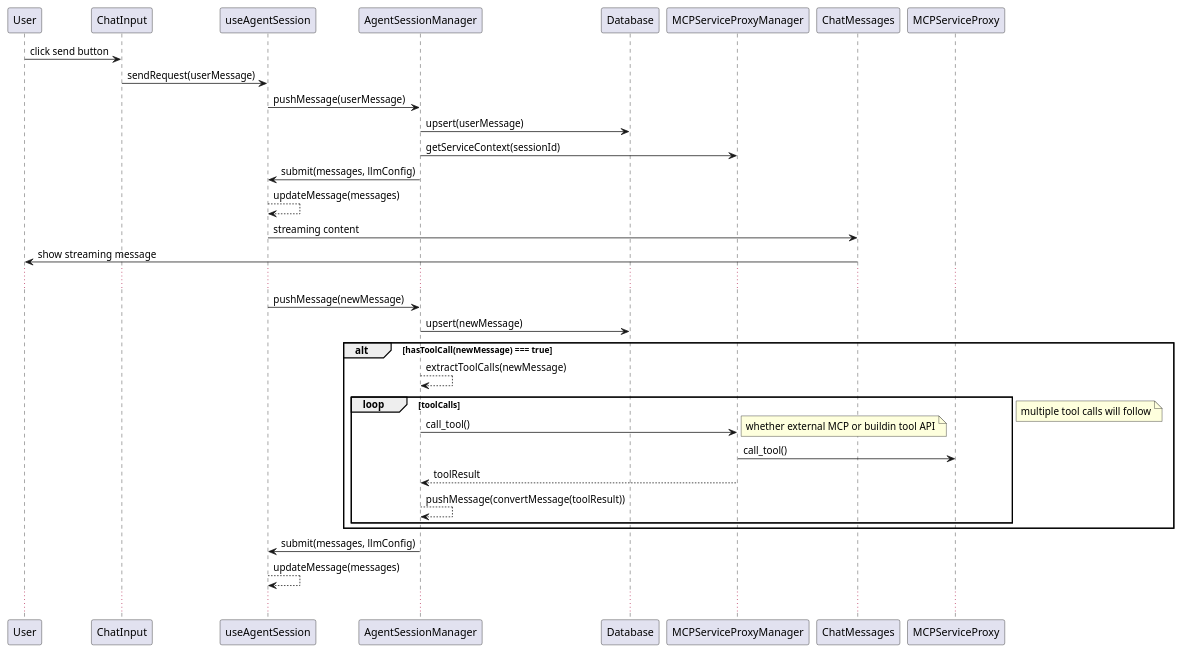
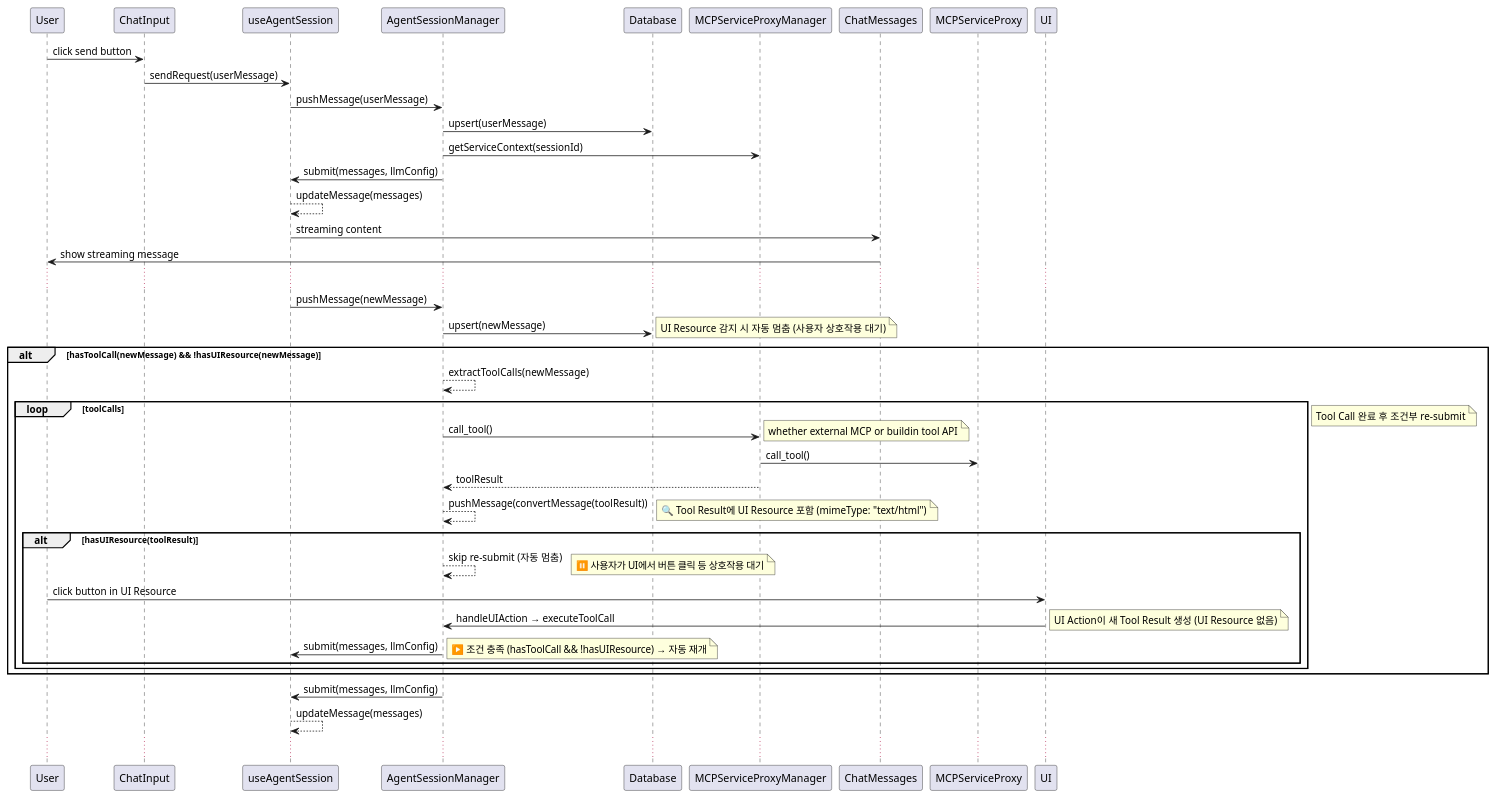
Before and after one commit to fritzprix/libr-agent: the third of 3 diagrams in idea.md, drawn with PlantUML. The commit also changed other lines of this file and 26 other files, not shown here.

First line of the commit message:
feat: Refactor AgentContainer for session management and routing

````diff
--- a/idea.md
+++ b/idea.md
@@ -117,30 +117,41 @@
   ```puml
   @startuml
   User -> ChatInput: click send button
   ChatInput -> useAgentSession: sendRequest(userMessage)
   useAgentSession -> AgentSessionManager: pushMessage(userMessage)
   AgentSessionManager -> Database: upsert(userMessage)
   AgentSessionManager -> MCPServiceProxyManager: getServiceContext(sessionId)
   AgentSessionManager -> useAgentSession: submit(messages, llmConfig)
   useAgentSession --> useAgentSession: updateMessage(messages)
   useAgentSession -> ChatMessages: streaming content
   ChatMessages -> User: show streaming message
   ...
   useAgentSession -> AgentSessionManager: pushMessage(newMessage)
   AgentSessionManager -> Database: upsert(newMessage)
-  alt hasToolCall(newMessage) === true
+  alt hasToolCall(newMessage) && !hasUIResource(newMessage)
+  note right: UI Resource 감지 시 자동 멈춤 (사용자 상호작용 대기)
   AgentSessionManager --> AgentSessionManager: extractToolCalls(newMessage)
   loop toolCalls
   AgentSessionManager -> MCPServiceProxyManager: call_tool()
   note right: whether external MCP or buildin tool API
   MCPServiceProxyManager -> MCPServiceProxy: call_tool()
   MCPServiceProxyManager --> AgentSessionManager: toolResult
   AgentSessionManager --> AgentSessionManager: pushMessage(convertMessage(toolResult))
+  alt hasUIResource(toolResult)
+  note right: 🔍 Tool Result에 UI Resource 포함 (mimeType: "text/html")
+  AgentSessionManager --> AgentSessionManager: skip re-submit (자동 멈춤)
+  note right: ⏸️ 사용자가 UI에서 버튼 클릭 등 상호작용 대기
+  User -> UI: click button in UI Resource
+  UI -> AgentSessionManager: handleUIAction → executeToolCall
+  note right: UI Action이 새 Tool Result 생성 (UI Resource 없음)
+  AgentSessionManager -> useAgentSession: submit(messages, llmConfig)
+  note right: ▶️ 조건 충족 (hasToolCall && !hasUIResource) → 자동 재개
   end
-  note right: multiple tool calls will follow
+  end
+  note right: Tool Call 완료 후 조건부 re-submit
   end
   AgentSessionManager -> useAgentSession: submit(messages, llmConfig)
   useAgentSession --> useAgentSession: updateMessage(messages)
   ...
   @enduml
   ```
````
